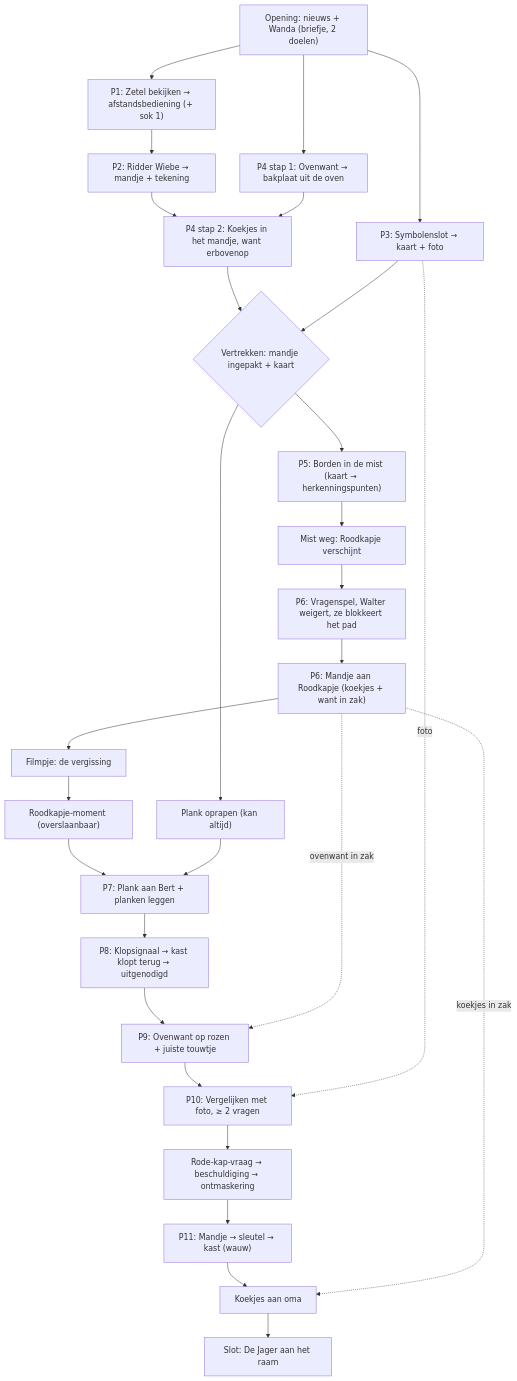
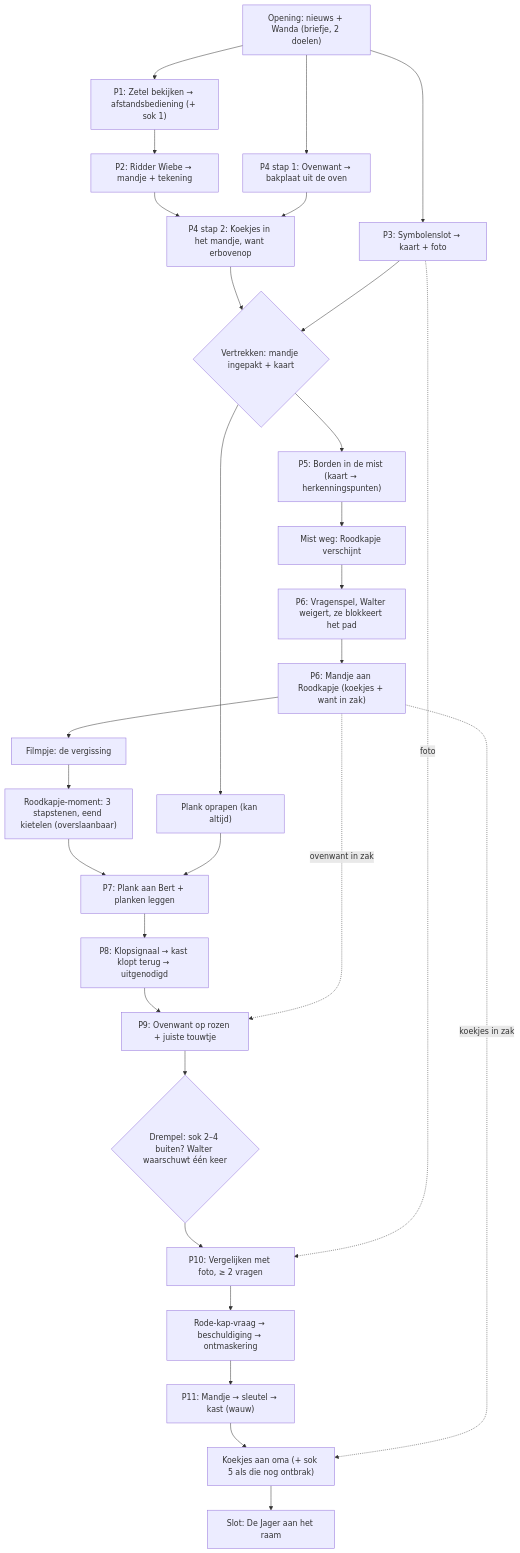
The diagram in README.md (slimmii/fairly-odd-stories), drawn with Mermaid before and after one commit. The commit also changed other lines of this file and 2 other files, not shown here.

````diff
--- a/README.md
+++ b/README.md
@@ -431,30 +459,31 @@
 ```mermaid
 flowchart TD
     INTRO["Opening: nieuws + Wanda (briefje, 2 doelen)"] --> P1["P1: Zetel bekijken → afstandsbediening (+ sok 1)"]
     INTRO --> P3["P3: Symbolenslot → kaart + foto"]
     INTRO --> P4a["P4 stap 1: Ovenwant → bakplaat uit de oven"]
     P1 --> P2["P2: Ridder Wiebe → mandje + tekening"]
     P2 --> P4b["P4 stap 2: Koekjes in het mandje, want erbovenop"]
     P4a --> P4b
     P4b --> LEAVE{"Vertrekken: mandje ingepakt + kaart"}
     P3 --> LEAVE
     LEAVE --> P5["P5: Borden in de mist (kaart → herkenningspunten)"]
     LEAVE --> PLANK["Plank oprapen (kan altijd)"]
     P5 --> MIST["Mist weg: Roodkapje verschijnt"]
     MIST --> P6a["P6: Vragenspel, Walter weigert, ze blokkeert het pad"]
     P6a --> P6b["P6: Mandje aan Roodkapje (koekjes + want in zak)"]
     P6b --> FILM["Filmpje: de vergissing"]
-    FILM --> RKM["Roodkapje-moment (overslaanbaar)"]
+    FILM --> RKM["Roodkapje-moment: 3 stapstenen, eend kietelen (overslaanbaar)"]
     RKM --> P7["P7: Plank aan Bert + planken leggen"]
     PLANK --> P7
     P7 --> P8["P8: Klopsignaal → kast klopt terug → uitgenodigd"]
     P8 --> P9["P9: Ovenwant op rozen + juiste touwtje"]
     P6b -. ovenwant in zak .-> P9
-    P9 --> P10a["P10: Vergelijken met foto, ≥ 2 vragen"]
+    P9 --> SOCKCHK{"Drempel: sok 2–4 buiten? Walter waarschuwt één keer"}
+    SOCKCHK --> P10a["P10: Vergelijken met foto, ≥ 2 vragen"]
     P3 -. foto .-> P10a
     P10a --> P10b["Rode-kap-vraag → beschuldiging → ontmaskering"]
     P10b --> P11a["P11: Mandje → sleutel → kast (wauw)"]
-    P11a --> P11b["Koekjes aan oma"]
+    P11a --> P11b["Koekjes aan oma (+ sok 5 als die nog ontbrak)"]
     P6b -. koekjes in zak .-> P11b
     P11b --> END["Slot: De Jager aan het raam"]
 ```
````
